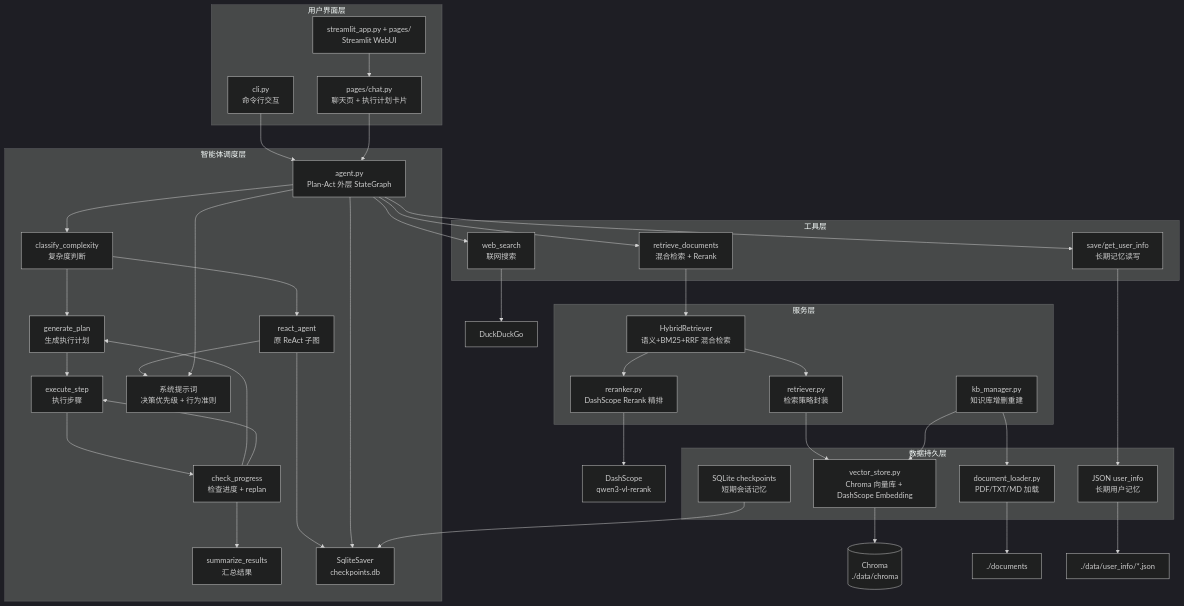
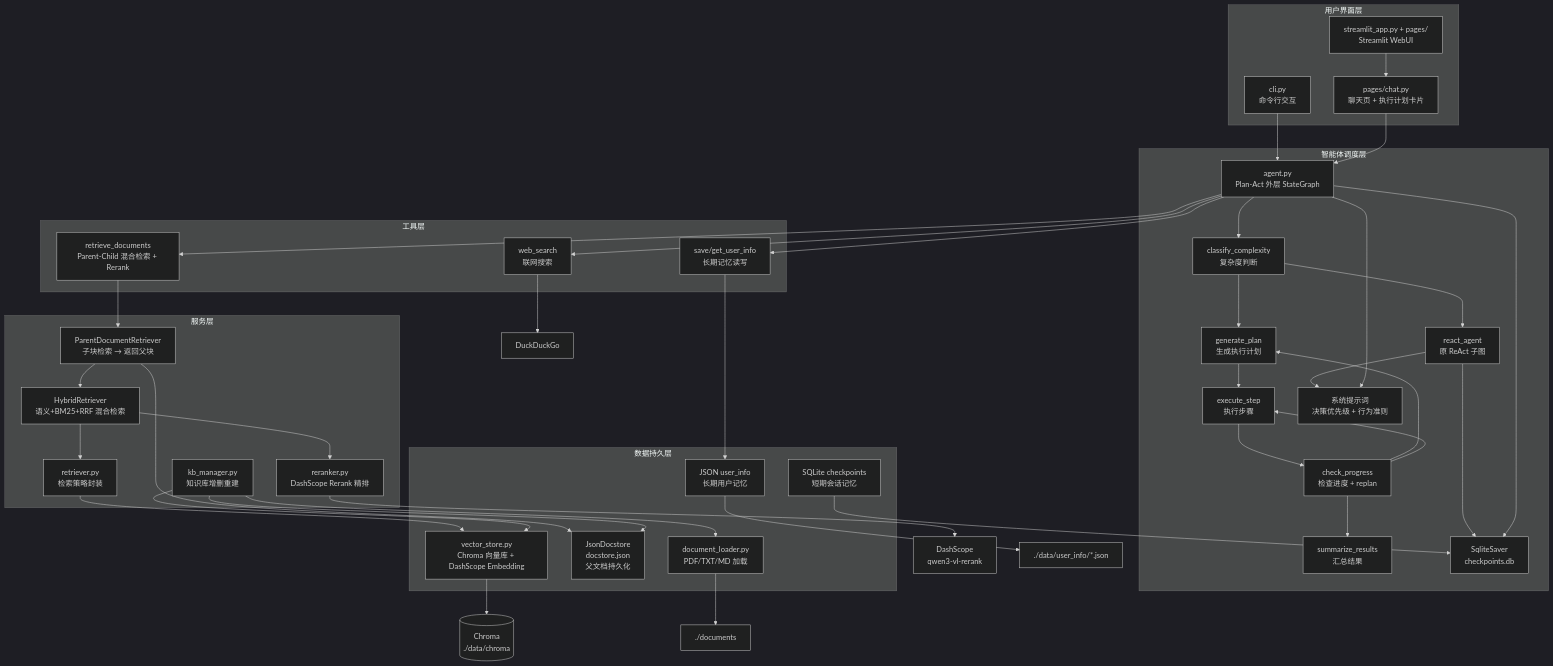
One commit to YZhiyou/3-Day-Agent changed the diagram in code-readme.md. Above: the diagram before and after it, drawn with Mermaid (dark theme). The commit also changed other lines of this file and 7 other files, not shown here.

````diff
--- a/code-readme.md
+++ b/code-readme.md
@@ -595,75 +610,80 @@
 ```mermaid
 graph TB
     subgraph UI["用户界面层"]
         CLI["cli.py<br/>命令行交互"]
         WEB["streamlit_app.py + pages/<br/>Streamlit WebUI"]
         CHAT["pages/chat.py<br/>聊天页 + 执行计划卡片"]
     end
 
     subgraph AGENT["智能体调度层"]
         AGENT_CORE["agent.py<br/>Plan-Act 外层 StateGraph"]
         CLASSIFY["classify_complexity<br/>复杂度判断"]
         REACT["react_agent<br/>原 ReAct 子图"]
         GEN_PLAN["generate_plan<br/>生成执行计划"]
         EXEC_STEP["execute_step<br/>执行步骤"]
         CHECK_PROG["check_progress<br/>检查进度 + replan"]
         SUMMARIZE["summarize_results<br/>汇总结果"]
         SYS_PROMPT["系统提示词<br/>决策优先级 + 行为准则"]
         CHECKPOINTER["SqliteSaver<br/>checkpoints.db"]
     end
 
     subgraph TOOLS["工具层"]
-        RETRIEVE_DOC["retrieve_documents<br/>混合检索 + Rerank"]
+        RETRIEVE_DOC["retrieve_documents<br/>Parent-Child 混合检索 + Rerank"]
         USER_INFO["save/get_user_info<br/>长期记忆读写"]
         WEB_SEARCH["web_search<br/>联网搜索"]
     end
 
     subgraph SERVICE["服务层"]
         RETRIEVER["retriever.py<br/>检索策略封装"]
         RERANKER["reranker.py<br/>DashScope Rerank 精排"]
         HYBRID["HybridRetriever<br/>语义+BM25+RRF 混合检索"]
+        PARENT_CHILD["ParentDocumentRetriever<br/>子块检索 → 返回父块"]
         KB_MGR["kb_manager.py<br/>知识库增删重建"]
     end
 
     subgraph DATA["数据持久层"]
         VECTOR["vector_store.py<br/>Chroma 向量库 + DashScope Embedding"]
+        DOCSTORE["JsonDocstore<br/>docstore.json<br/>父文档持久化"]
         DOC_LOADER["document_loader.py<br/>PDF/TXT/MD 加载"]
         MEM_SHORT["SQLite checkpoints<br/>短期会话记忆"]
         MEM_LONG["JSON user_info<br/>长期用户记忆"]
     end
 
     CLI --> AGENT_CORE
     WEB --> CHAT
     CHAT --> AGENT_CORE
     AGENT_CORE --> CLASSIFY
     CLASSIFY --> REACT
     CLASSIFY --> GEN_PLAN
     GEN_PLAN --> EXEC_STEP
     EXEC_STEP --> CHECK_PROG
     CHECK_PROG --> GEN_PLAN
     CHECK_PROG --> EXEC_STEP
     CHECK_PROG --> SUMMARIZE
     REACT --> SYS_PROMPT
     REACT --> CHECKPOINTER
     AGENT_CORE --> SYS_PROMPT
     AGENT_CORE --> CHECKPOINTER
     AGENT_CORE --> RETRIEVE_DOC
     AGENT_CORE --> USER_INFO
     AGENT_CORE --> WEB_SEARCH
 
-    RETRIEVE_DOC --> HYBRID
+    RETRIEVE_DOC --> PARENT_CHILD
+    PARENT_CHILD --> HYBRID
     HYBRID --> RETRIEVER
     HYBRID --> RERANKER
     USER_INFO --> MEM_LONG
     WEB_SEARCH --> DUCK["DuckDuckGo"]
 
     RETRIEVER --> VECTOR
     RERANKER --> DASHSCOPE_RE["DashScope<br/>qwen3-vl-rerank"]
+    PARENT_CHILD --> DOCSTORE
     KB_MGR --> VECTOR
+    KB_MGR --> DOCSTORE
     KB_MGR --> DOC_LOADER
 
     VECTOR --> CHROMA[("Chroma<br/>./data/chroma")]
     DOC_LOADER --> DOCS["./documents"]
     MEM_SHORT --> CHECKPOINTER
     MEM_LONG --> USER_FILES["./data/user_info/*.json"]
 ```
````
